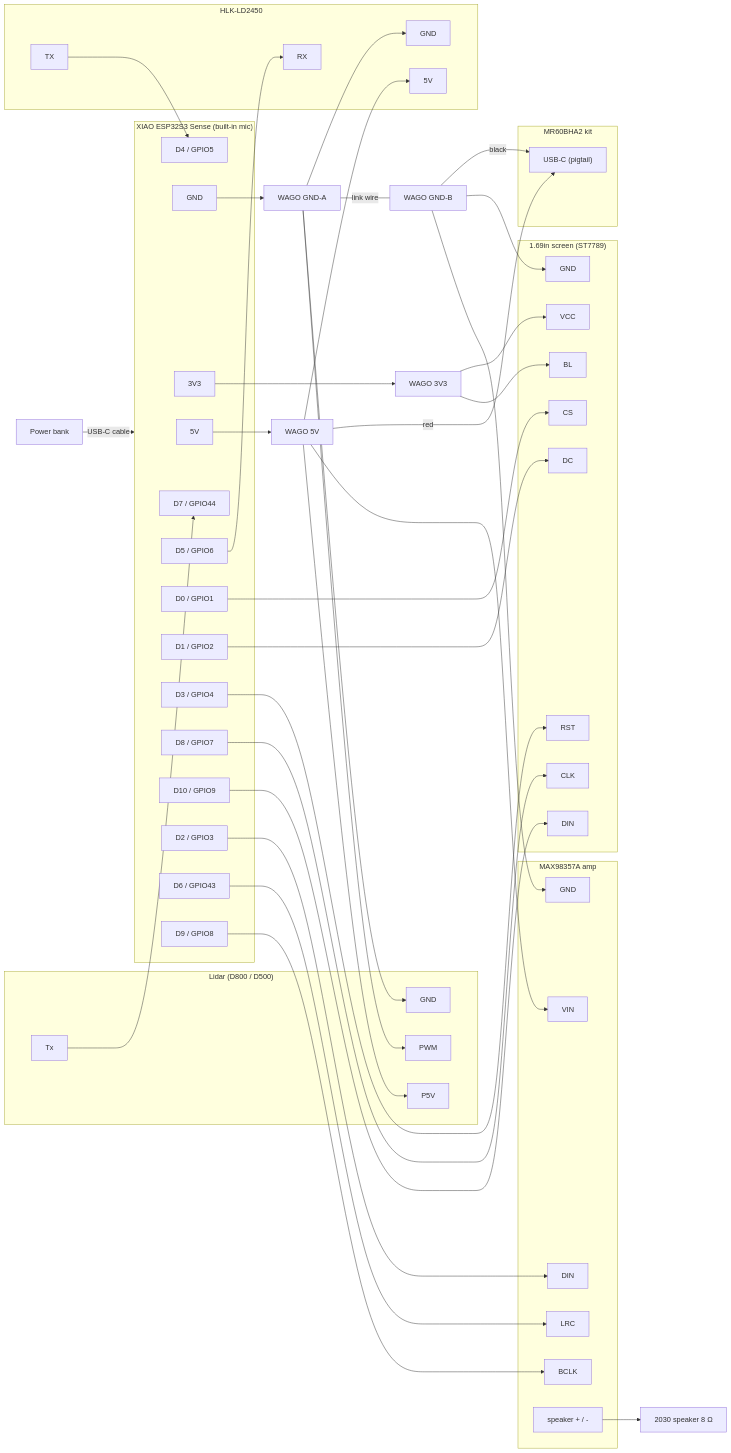
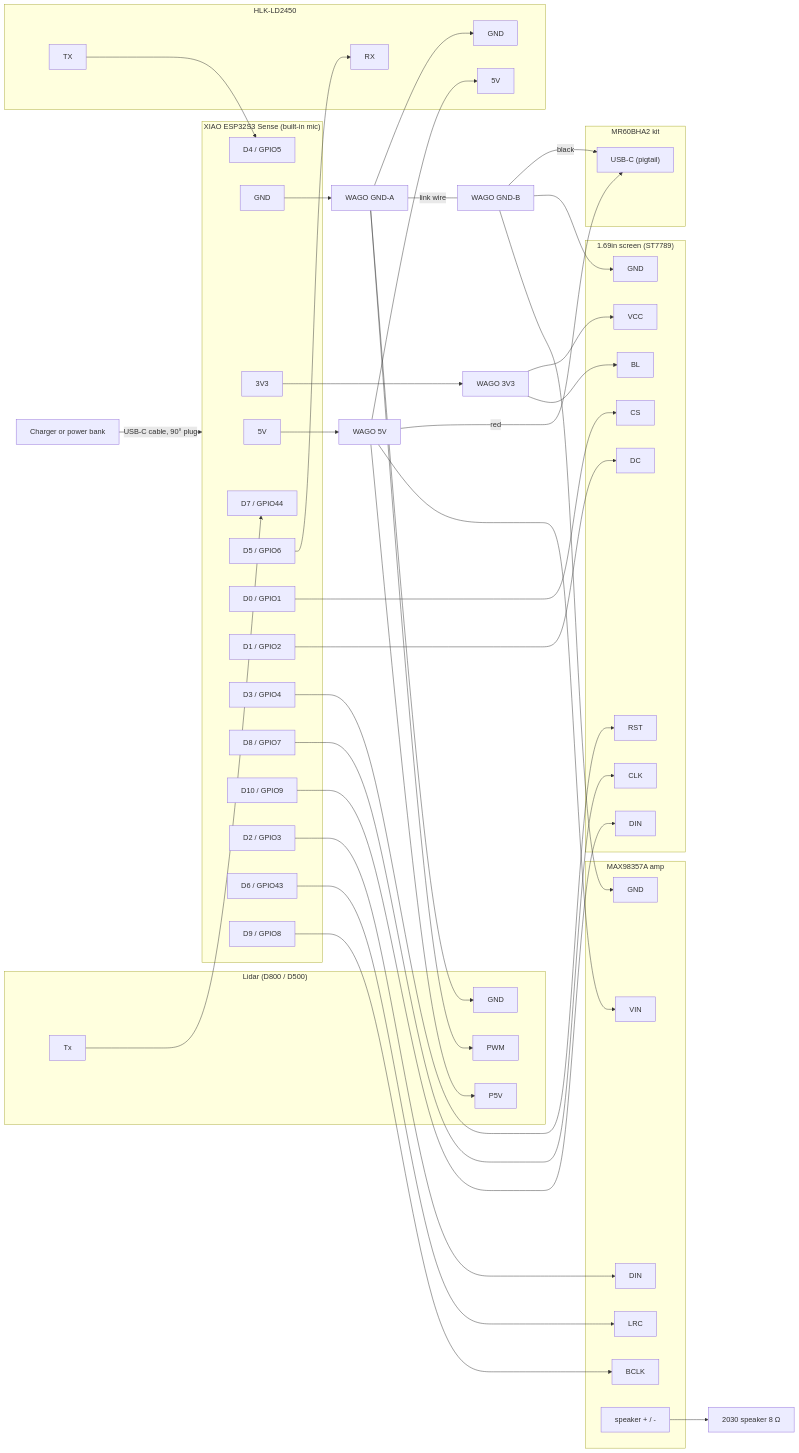
Before and after one commit to SebastienTr/Marvin: the diagram in docs/wiring.md, drawn with Mermaid. The commit also changed other lines of this file and 41 other files, not shown here.

````diff
--- a/docs/wiring.md
+++ b/docs/wiring.md
@@ -22,60 +37,60 @@
 ```mermaid
 flowchart LR
-  BANK["Power bank"] -- "USB-C cable" --> XIAO
+  BANK["Charger or power bank"] -- "USB-C cable, 90° plug" --> XIAO
 
   subgraph XIAO["XIAO ESP32S3 Sense (built-in mic)"]
     P5V["5V"]; PGND["GND"]; P33["3V3"]; D7["D7 / GPIO44"]; D4["D4 / GPIO5"]; D5["D5 / GPIO6"]
     D0["D0 / GPIO1"]; D1["D1 / GPIO2"]; D3["D3 / GPIO4"]; D8["D8 / GPIO7"]; D10["D10 / GPIO9"]
     D2["D2 / GPIO3"]; D6["D6 / GPIO43"]; D9["D9 / GPIO8"]
   end
 
   W5["WAGO 5V"]; WGA["WAGO GND-A"]; WGB["WAGO GND-B"]; W33["WAGO 3V3"]
   P5V --> W5
   PGND --> WGA
   WGA -- "link wire" --- WGB
   P33 --> W33
 
   subgraph LID["Lidar (D800 / D500)"]
     L5["P5V"]; LG["GND"]; LP["PWM"]; LT["Tx"]
   end
   W5 --> L5
   WGA --> LG
   WGA --> LP
   LT --> D7
 
   subgraph RAD["HLK-LD2450"]
     R5["5V"]; RG["GND"]; RT["TX"]; RR["RX"]
   end
   W5 --> R5
   WGA --> RG
   RT --> D4
   D5 --> RR
 
   subgraph MR["MR60BHA2 kit"]
     MU["USB-C (pigtail)"]
   end
   W5 -- "red" --> MU
   WGB -- "black" --> MU
 
   subgraph LCD["1.69in screen (ST7789)"]
     SV["VCC"]; SG["GND"]; SDIN["DIN"]; SCLK["CLK"]; SCS["CS"]; SDC["DC"]; SRST["RST"]; SBL["BL"]
   end
   W33 --> SV
   W33 --> SBL
   WGB --> SG
   D10 --> SDIN
   D8 --> SCLK
   D0 --> SCS
   D1 --> SDC
   D3 --> SRST
 
   subgraph AMP["MAX98357A amp"]
     AV["VIN"]; AG["GND"]; ABC["BCLK"]; ALR["LRC"]; ADI["DIN"]; ASP["speaker + / -"]
   end
   W5 --> AV
   WGB --> AG
   D9 --> ABC
   D6 --> ALR
   D2 --> ADI
   ASP --> SPK["2030 speaker 8 Ω"]
 ```
````
